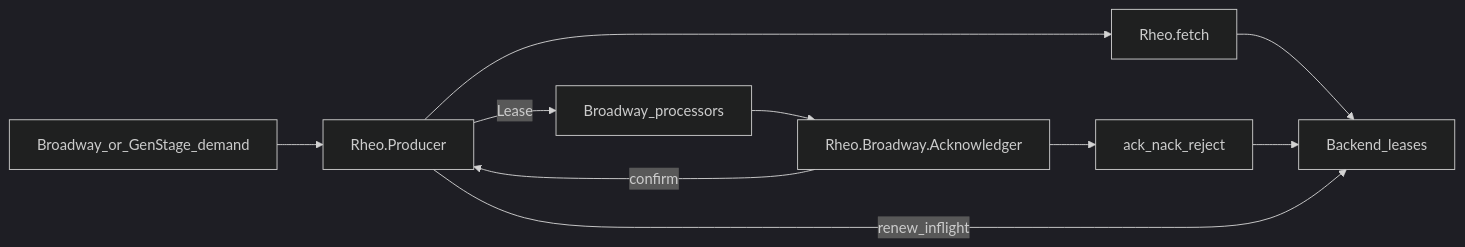
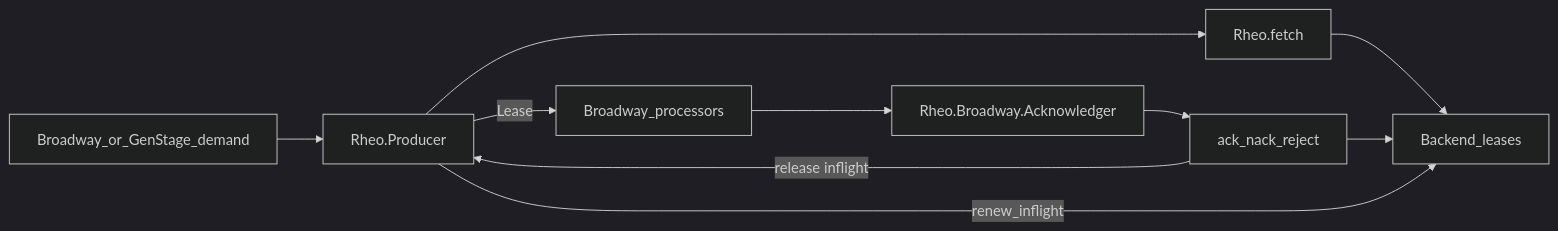
Before and after one commit to thanos/rheo: the sixth of 8 diagrams in docs/diagrams.md, drawn with Mermaid (dark theme). The commit also changed other lines of this file and 102 other files, not shown here.

````diff
--- a/docs/diagrams.md
+++ b/docs/diagrams.md
@@ -101,17 +96,17 @@
 ```mermaid
 flowchart LR
   demand[Broadway_or_GenStage_demand]
   prod[Rheo.Producer]
   fetch[Rheo.fetch]
   backend[Backend_leases]
   proc[Broadway_processors]
   ack[Rheo.Broadway.Acknowledger]
   settle[ack_nack_reject]
 
   demand --> prod
   prod --> fetch --> backend
   prod -->|Lease| proc
   proc --> ack --> settle --> backend
-  ack -->|confirm| prod
+  settle -->|release inflight| prod
   prod -->|renew_inflight| backend
 ```
````
